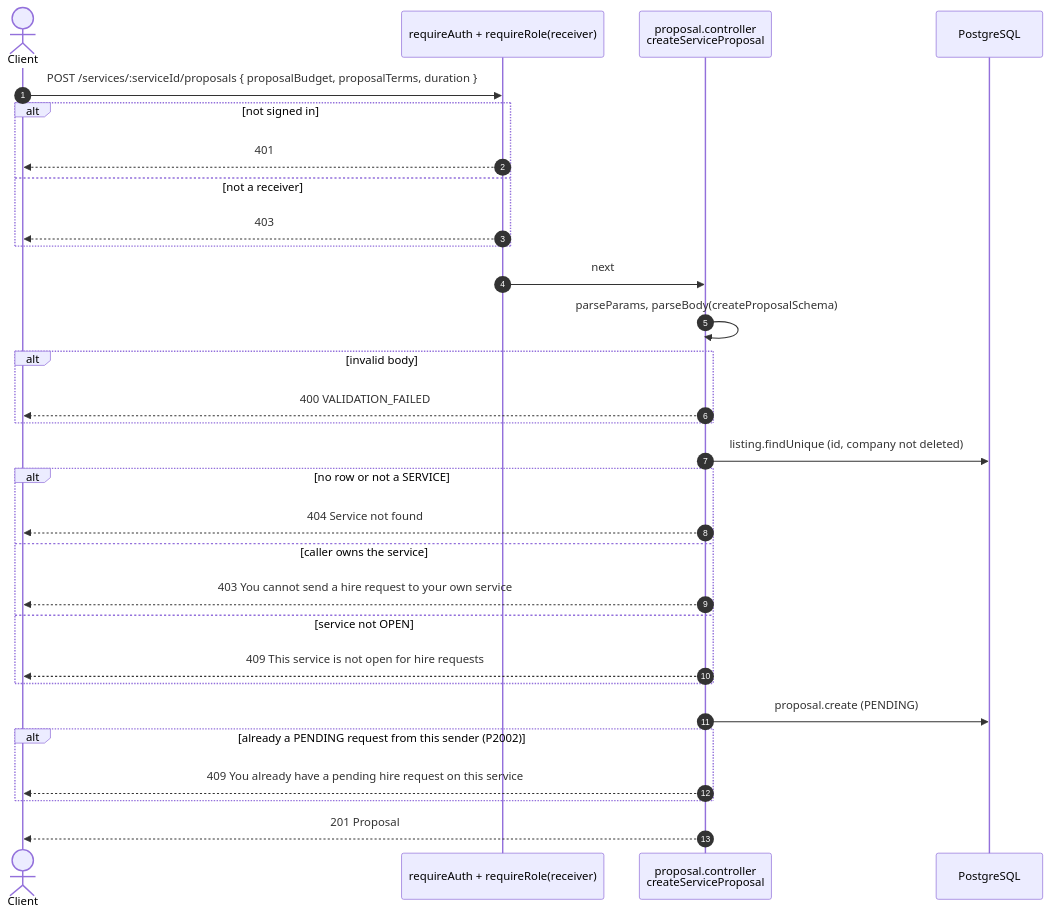
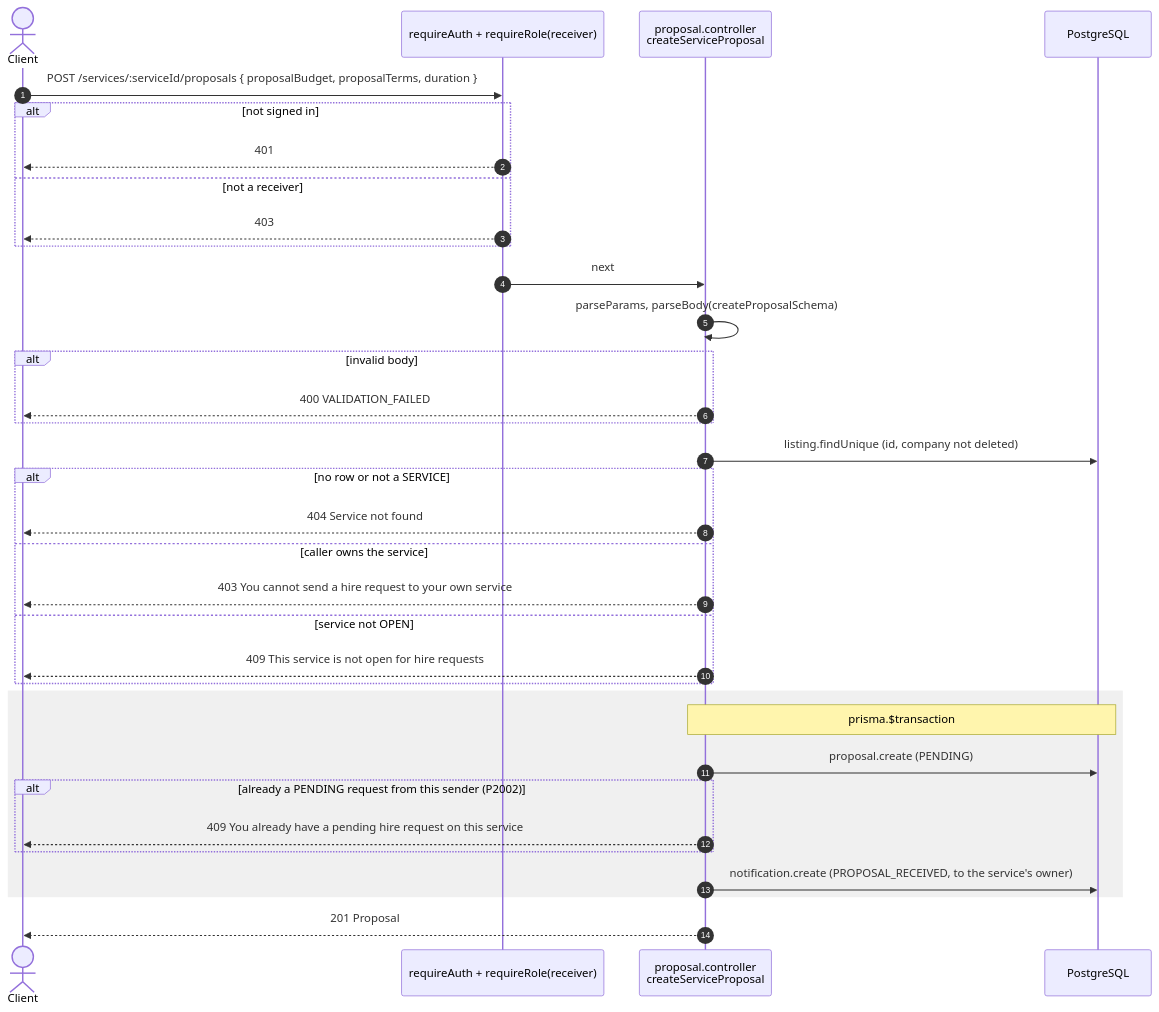
Before and after one commit to taofuuu/MangoDB: the ninth of 9 diagrams in docs/api/services.md, drawn with Mermaid. The commit also changed 9 other files, not shown here.

````diff
--- a/docs/api/services.md
+++ b/docs/api/services.md
@@ -282,33 +282,37 @@
 ```mermaid
 sequenceDiagram
     autonumber
     actor C as Client
     participant G as requireAuth + requireRole(receiver)
     participant Ctl as proposal.controller<br/>createServiceProposal
     participant DB as PostgreSQL
 
     C->>G: POST /services/:serviceId/proposals { proposalBudget, proposalTerms, duration }
     alt not signed in
         G-->>C: 401
     else not a receiver
         G-->>C: 403
     end
     G->>Ctl: next
     Ctl->>Ctl: parseParams, parseBody(createProposalSchema)
     alt invalid body
         Ctl-->>C: 400 VALIDATION_FAILED
     end
     Ctl->>DB: listing.findUnique (id, company not deleted)
     alt no row or not a SERVICE
         Ctl-->>C: 404 Service not found
     else caller owns the service
         Ctl-->>C: 403 You cannot send a hire request to your own service
     else service not OPEN
         Ctl-->>C: 409 This service is not open for hire requests
     end
-    Ctl->>DB: proposal.create (PENDING)
-    alt already a PENDING request from this sender (P2002)
-        Ctl-->>C: 409 You already have a pending hire request on this service
+    rect rgba(128, 128, 128, 0.12)
+        Note over Ctl,DB: prisma.$transaction
+        Ctl->>DB: proposal.create (PENDING)
+        alt already a PENDING request from this sender (P2002)
+            Ctl-->>C: 409 You already have a pending hire request on this service
+        end
+        Ctl->>DB: notification.create (PROPOSAL_RECEIVED, to the service's owner)
     end
     Ctl-->>C: 201 Proposal
 ```
````
